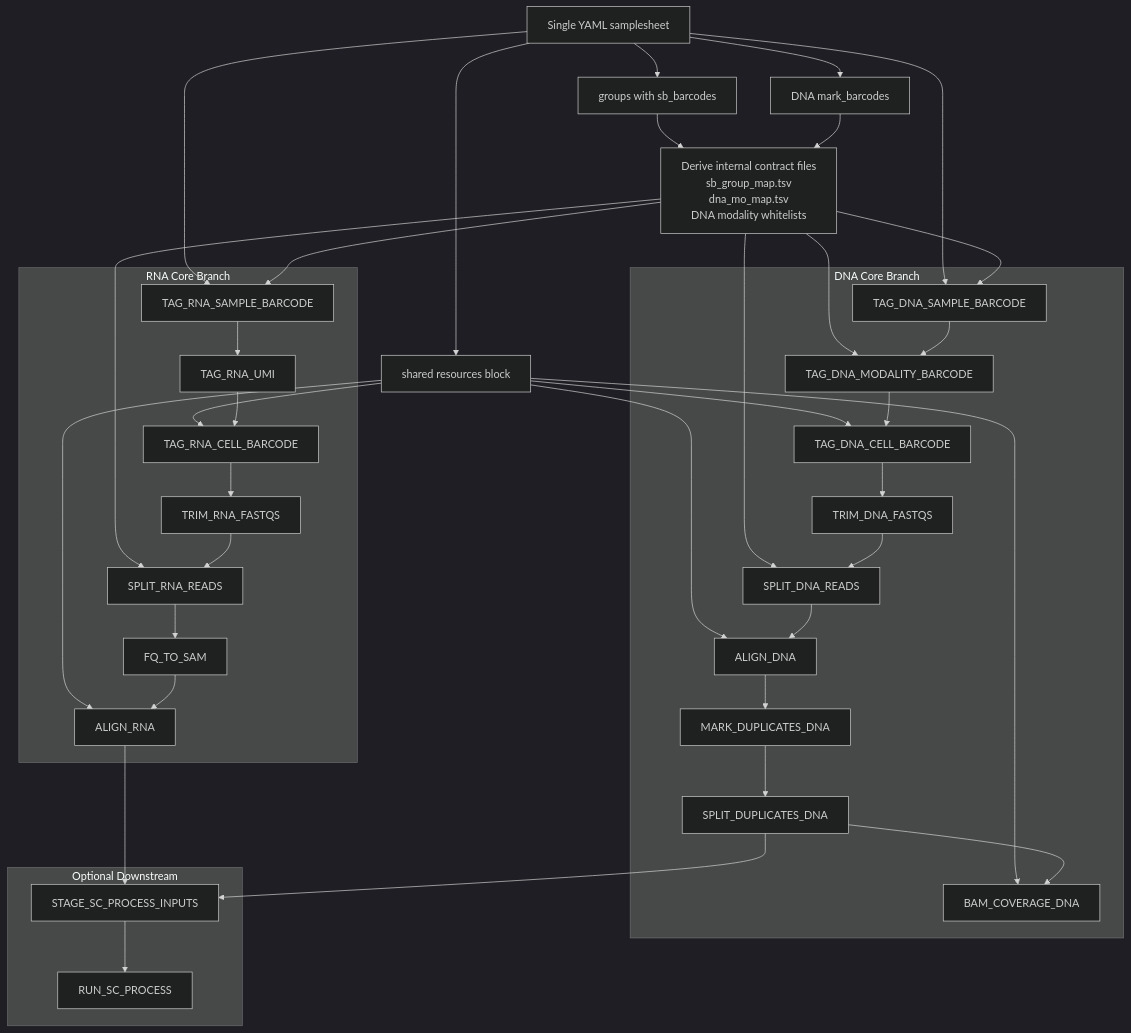
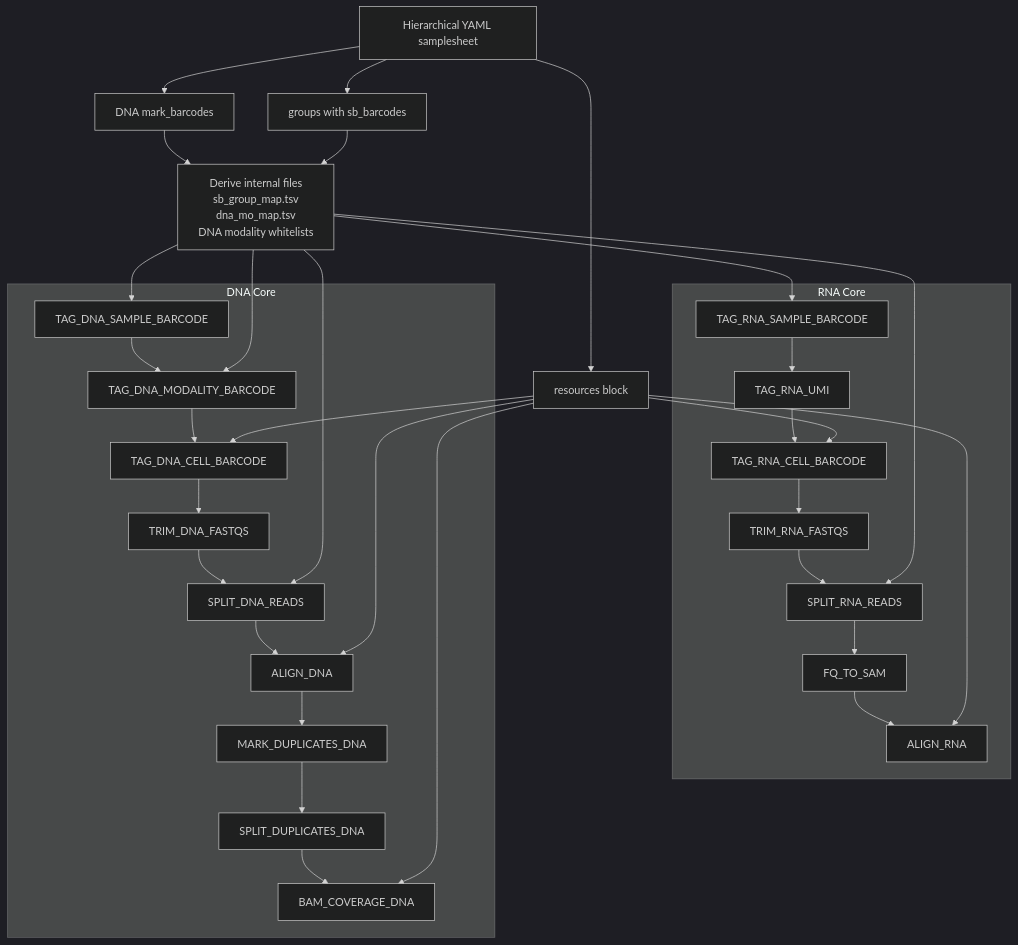
One commit to CSOgroup/TrESFlow changed the diagram in docs/architecture/implemented_pipeline.md. Above: the diagram before and after it, drawn with Mermaid (dark theme). The commit also changed other lines of this file and 15 other files, not shown here.

````diff
--- a/docs/architecture/implemented_pipeline.md
+++ b/docs/architecture/implemented_pipeline.md
@@ -8,59 +8,49 @@
 ```mermaid
 flowchart TD
-    SS[Single YAML samplesheet]
-    RES[shared resources block]
+    SS[Hierarchical YAML samplesheet]
+    RES[resources block]
     GROUPS[groups with sb_barcodes]
     DNAMARKS[DNA mark_barcodes]
-    DERIVE[Derive internal contract files\nsb_group_map.tsv\ndna_mo_map.tsv\nDNA modality whitelists]
+    DERIVE[Derive internal files\nsb_group_map.tsv\ndna_mo_map.tsv\nDNA modality whitelists]
 
+    SS --> RES
     SS --> GROUPS
-    SS --> RES
-    SS --> RNA0
-    SS --> DNA0
     SS --> DNAMARKS
     GROUPS --> DERIVE
     DNAMARKS --> DERIVE
+
+    RES --> RNA2
+    RES --> RNA6
+    RES --> DNA2
+    RES --> DNA5
+    RES --> DNA8
     DERIVE --> RNA0
     DERIVE --> RNA4
     DERIVE --> DNA0
     DERIVE --> DNA1
     DERIVE --> DNA4
-    RES --> RNA2
-    RES --> DNA2
-    RES --> RNA6
-    RES --> DNA5
-    RES --> DNA8
 
-    subgraph RNA_Core[RNA Core Branch]
+    subgraph RNA_Core[RNA Core]
         RNA0[TAG_RNA_SAMPLE_BARCODE]
         RNA1[TAG_RNA_UMI]
         RNA2[TAG_RNA_CELL_BARCODE]
         RNA3[TRIM_RNA_FASTQS]
         RNA4[SPLIT_RNA_READS]
         RNA5[FQ_TO_SAM]
         RNA6[ALIGN_RNA]
         RNA0 --> RNA1 --> RNA2 --> RNA3 --> RNA4 --> RNA5 --> RNA6
     end
 
-    subgraph DNA_Core[DNA Core Branch]
+    subgraph DNA_Core[DNA Core]
         DNA0[TAG_DNA_SAMPLE_BARCODE]
         DNA1[TAG_DNA_MODALITY_BARCODE]
         DNA2[TAG_DNA_CELL_BARCODE]
         DNA3[TRIM_DNA_FASTQS]
         DNA4[SPLIT_DNA_READS]
         DNA5[ALIGN_DNA]
         DNA6[MARK_DUPLICATES_DNA]
         DNA7[SPLIT_DUPLICATES_DNA]
         DNA8[BAM_COVERAGE_DNA]
         DNA0 --> DNA1 --> DNA2 --> DNA3 --> DNA4 --> DNA5 --> DNA6 --> DNA7 --> DNA8
     end
-
-    RNA6 --> STAGE
-    DNA7 --> STAGE
-
-    subgraph Optional_Downstream[Optional Downstream]
-        STAGE[STAGE_SC_PROCESS_INPUTS]
-        RUNSC[RUN_SC_PROCESS]
-        STAGE --> RUNSC
-    end
 ```
````
